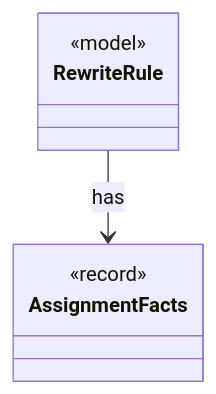
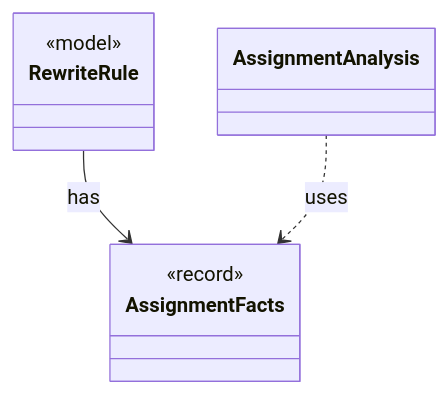
Before and after one commit to tlaplus/model-checker-hardening: the diagram in dev/types/io.github.tlaplus.hardening.gen.rewrite.AssignmentFacts.md, drawn with Mermaid. The commit also changed other lines of this file and 405 other files, not shown here.

````diff
--- a/dev/types/io.github.tlaplus.hardening.gen.rewrite.AssignmentFacts.md
+++ b/dev/types/io.github.tlaplus.hardening.gen.rewrite.AssignmentFacts.md
@@ -9,10 +9,12 @@
 ```mermaid
 classDiagram
   class AssignmentFacts {
     <<record>>
   }
   class RewriteRule {
     <<model>>
   }
+  class AssignmentAnalysis
   RewriteRule --> AssignmentFacts : has
+  AssignmentAnalysis ..> AssignmentFacts : uses
 ```
````
